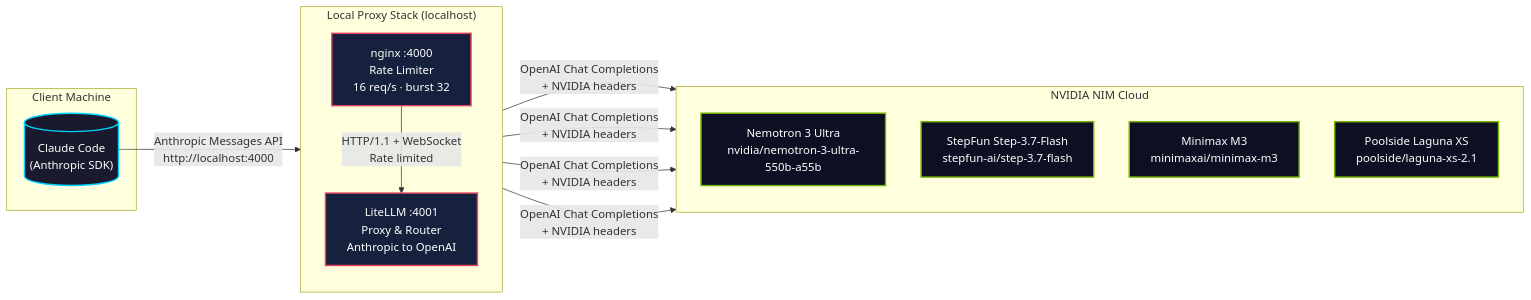
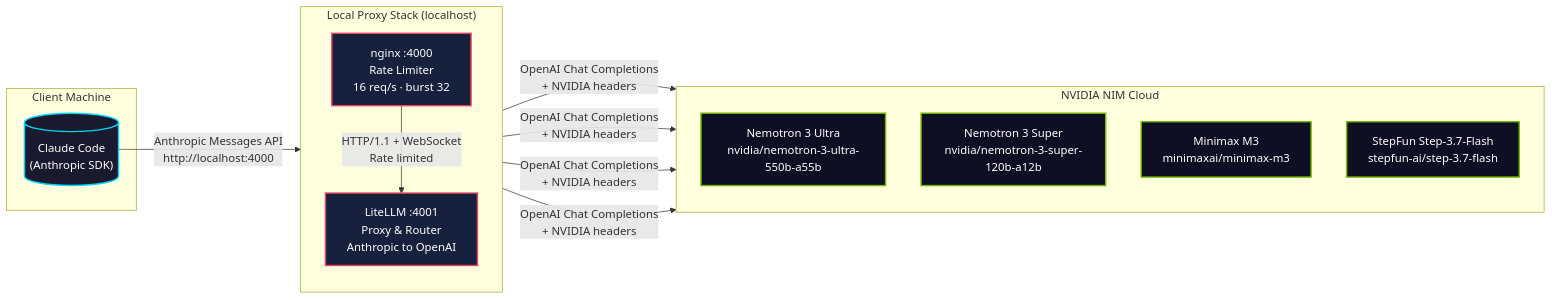
The first of 3 diagrams in README.md (S-V-J/myclaude), drawn with Mermaid before and after one commit. The commit also changed other lines of this file and 9 other files, not shown here.

````diff
--- a/README.md
+++ b/README.md
@@ -35,35 +49,35 @@
 ```mermaid
 flowchart LR
     subgraph Client["Client Machine"]
         CC[("Claude Code\n(Anthropic SDK)")]
     end
 
     subgraph Proxy["Local Proxy Stack (localhost)"]
         direction TB
         NX["nginx :4000\nRate Limiter\n16 req/s · burst 32"]
         LL["LiteLLM :4001\nProxy & Router\nAnthropic to OpenAI"]
     end
 
     subgraph NVIDIA["NVIDIA NIM Cloud"]
         direction TB
         NM["Nemotron 3 Ultra\nnvidia/nemotron-3-ultra-550b-a55b"]
+        NS["Nemotron 3 Super\nnvidia/nemotron-3-super-120b-a12b"]
+        MM["Minimax M3\nminimaxai/minimax-m3"]
         SM["StepFun Step-3.7-Flash\nstepfun-ai/step-3.7-flash"]
-        MM["Minimax M3\nminimaxai/minimax-m3"]
-        PM["Poolside Laguna XS\npoolside/laguna-xs-2.1"]
     end
 
     CC -->|Anthropic Messages API\nhttp://localhost:4000| NX
     NX -->|HTTP/1.1 + WebSocket\nRate limited| LL
     LL -->|OpenAI Chat Completions\n+ NVIDIA headers| NM
+    LL -->|OpenAI Chat Completions\n+ NVIDIA headers| NS
+    LL -->|OpenAI Chat Completions\n+ NVIDIA headers| MM
     LL -->|OpenAI Chat Completions\n+ NVIDIA headers| SM
-    LL -->|OpenAI Chat Completions\n+ NVIDIA headers| MM
-    LL -->|OpenAI Chat Completions\n+ NVIDIA headers| PM
 
     classDef client fill:#1a1a2e,stroke:#00d4ff,stroke-width:2px,color:#fff
     classDef proxy fill:#16213e,stroke:#e94560,stroke-width:2px,color:#fff
     classDef nvidia fill:#0f0f23,stroke:#76b900,stroke-width:2px,color:#fff
 
     class CC client
     class NX,LL proxy
-    class NM,SM,MM,PM nvidia
+    class NM,NS,MM,SM nvidia
 ```
````
